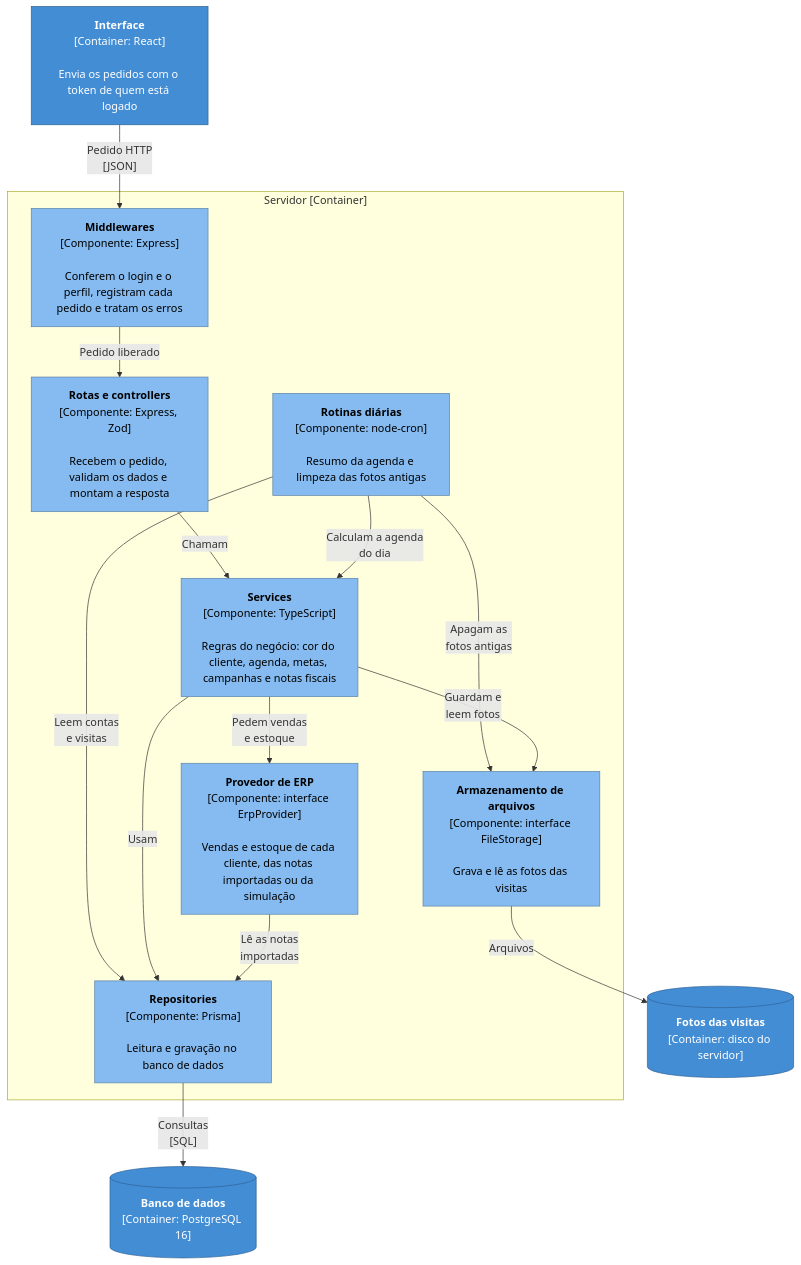
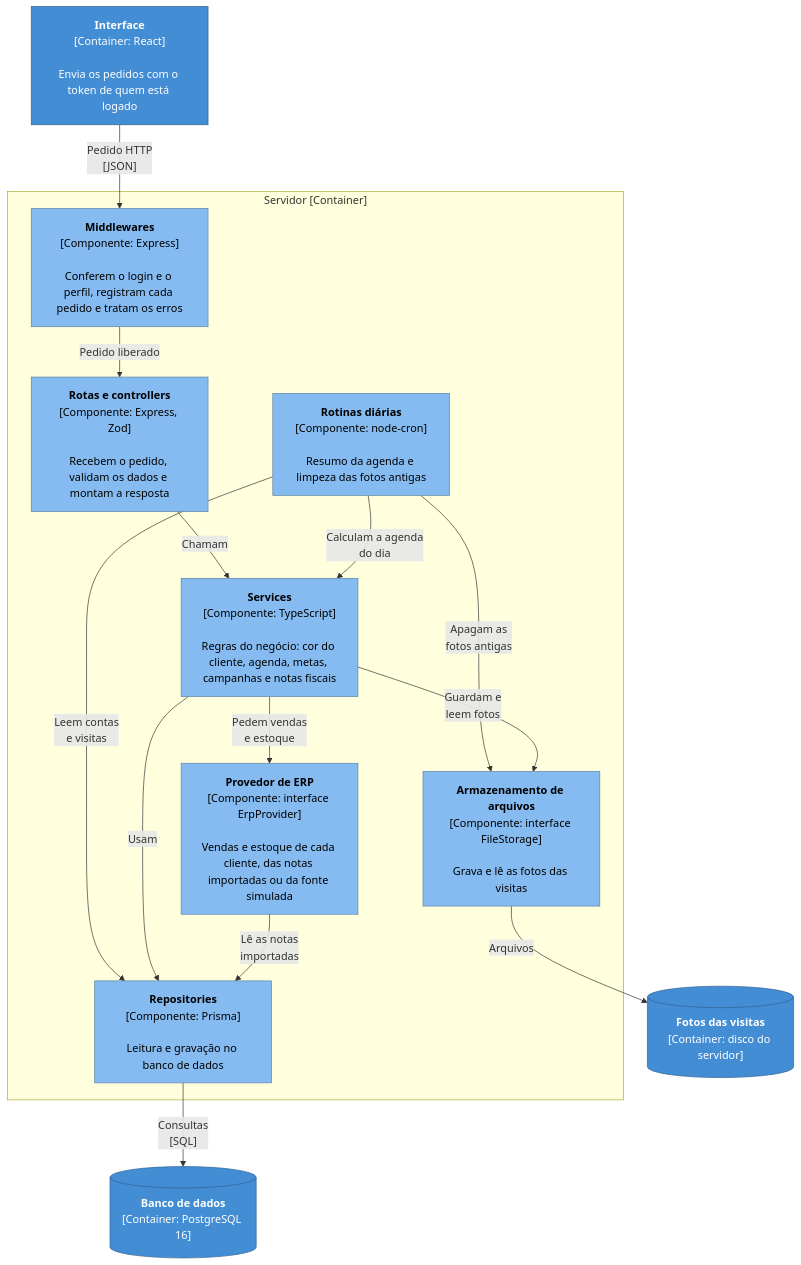
One commit to dudapetzinger/CHOKOCRM changed the third of 3 diagrams in docs/arquitetura.md. Above: the diagram before and after it, drawn with Mermaid. The commit also changed other lines of this file and 21 other files, not shown here.

````diff
--- a/docs/arquitetura.md
+++ b/docs/arquitetura.md
@@ -105,35 +105,35 @@
 ```mermaid
 flowchart TB
     web["<b>Interface</b><br/>[Container: React]<br/><br/>Envia os pedidos com o token de quem está logado"]
 
     subgraph api["Servidor [Container]"]
         mw["<b>Middlewares</b><br/>[Componente: Express]<br/><br/>Conferem o login e o perfil, registram cada pedido e tratam os erros"]
         rotas["<b>Rotas e controllers</b><br/>[Componente: Express, Zod]<br/><br/>Recebem o pedido, validam os dados e montam a resposta"]
         services["<b>Services</b><br/>[Componente: TypeScript]<br/><br/>Regras do negócio: cor do cliente, agenda, metas, campanhas e notas fiscais"]
         jobs["<b>Rotinas diárias</b><br/>[Componente: node-cron]<br/><br/>Resumo da agenda e limpeza das fotos antigas"]
         repos["<b>Repositories</b><br/>[Componente: Prisma]<br/><br/>Leitura e gravação no banco de dados"]
-        erp["<b>Provedor de ERP</b><br/>[Componente: interface ErpProvider]<br/><br/>Vendas e estoque de cada cliente, das notas importadas ou da simulação"]
+        erp["<b>Provedor de ERP</b><br/>[Componente: interface ErpProvider]<br/><br/>Vendas e estoque de cada cliente, das notas importadas ou da fonte simulada"]
         storage["<b>Armazenamento de arquivos</b><br/>[Componente: interface FileStorage]<br/><br/>Grava e lê as fotos das visitas"]
     end
 
     db[("<b>Banco de dados</b><br/>[Container: PostgreSQL 16]")]
     disco[("<b>Fotos das visitas</b><br/>[Container: disco do servidor]")]
 
     web -- "Pedido HTTP<br/>[JSON]" --> mw
     mw -- "Pedido liberado" --> rotas
     rotas -- "Chamam" --> services
     jobs -- "Calculam a agenda<br/>do dia" --> services
     jobs -- "Leem contas<br/>e visitas" --> repos
     jobs -- "Apagam as<br/>fotos antigas" --> storage
     services -- "Usam" --> repos
     services -- "Pedem vendas<br/>e estoque" --> erp
     services -- "Guardam e<br/>leem fotos" --> storage
     erp -- "Lê as notas<br/>importadas" --> repos
     repos -- "Consultas<br/>[SQL]" --> db
     storage -- "Arquivos" --> disco
 
     classDef container fill:#438dd5,stroke:#2e6295,color:#ffffff
     classDef componente fill:#85bbf0,stroke:#5d82a8,color:#000000
     class web,db,disco container
     class mw,rotas,services,jobs,repos,erp,storage componente
 ```
````
